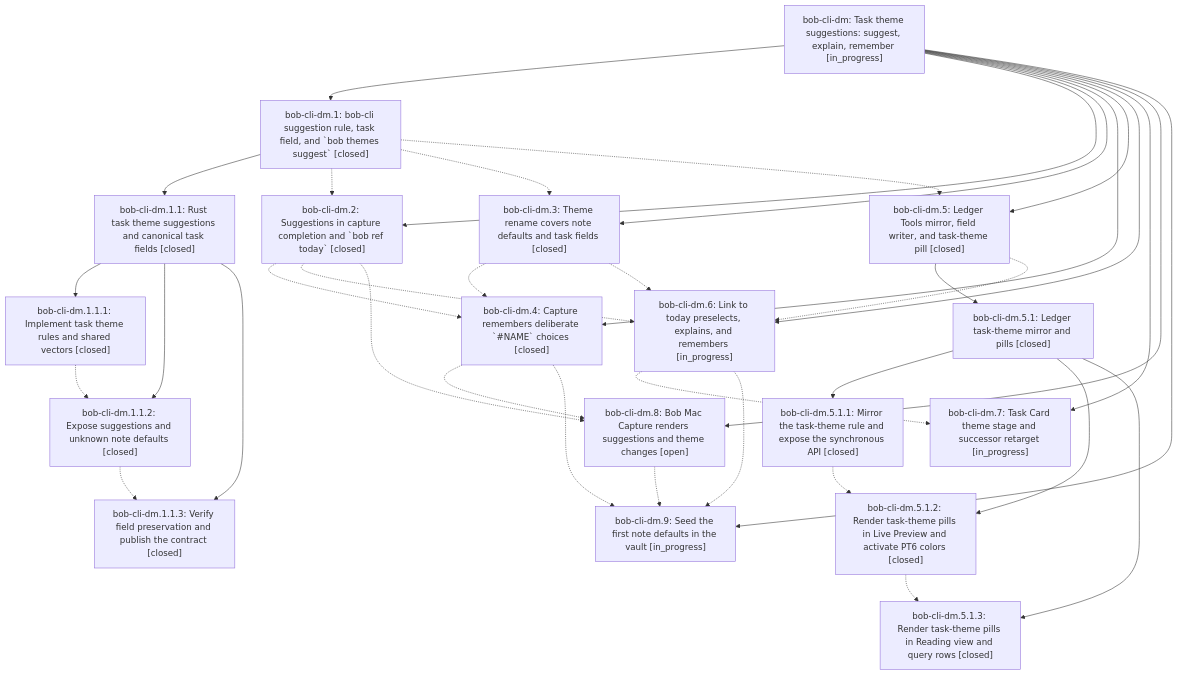
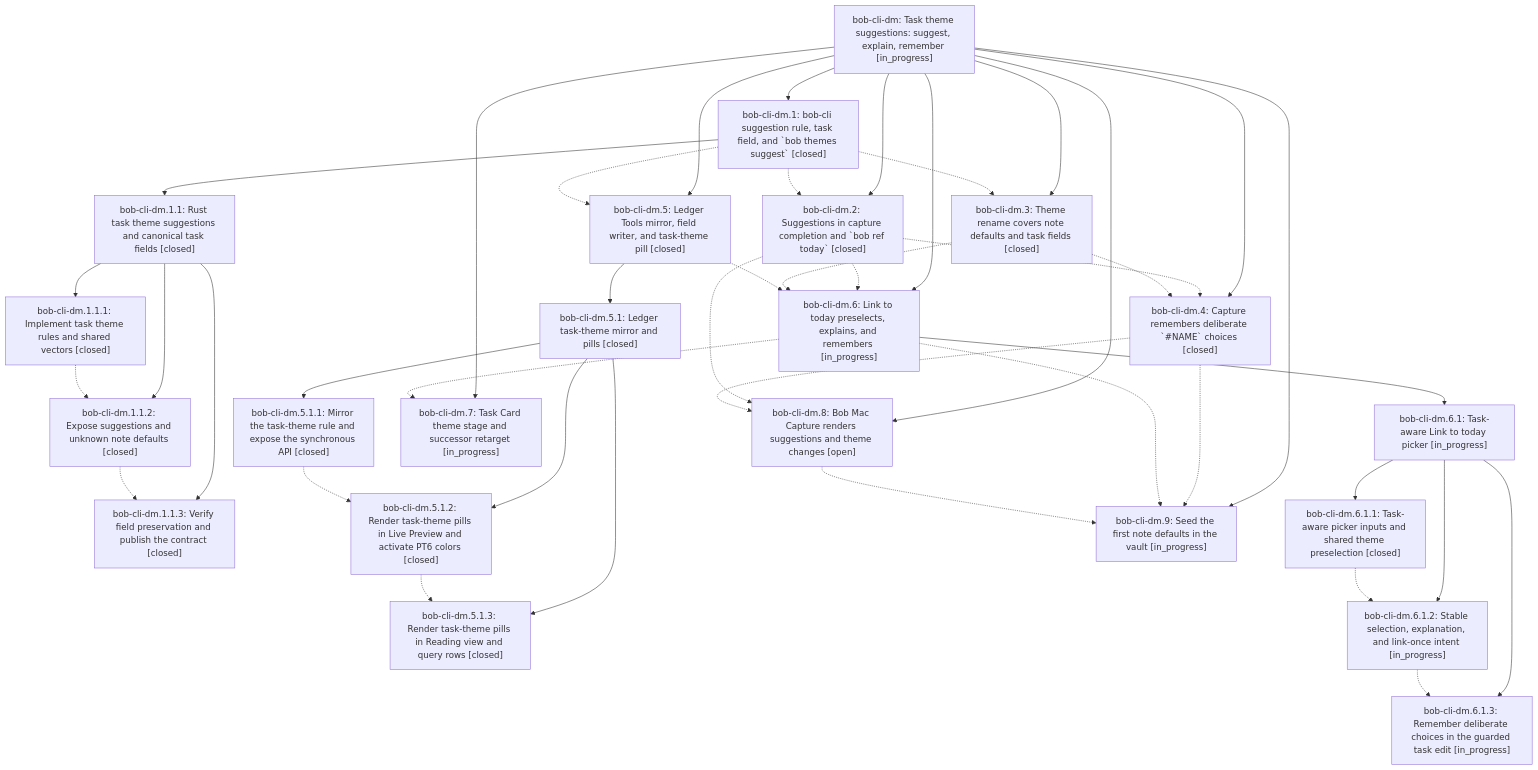
One commit to bobs-org/bob-cli--beads changed the diagram in pages/bob-cli-dm/README.md. Above: the diagram before and after it, drawn with Mermaid. The commit also changed other lines of this file and 6 other files, not shown here.

First line of the commit message:
chore(beads): sync bead state and pages for bob-cli-dm

````diff
--- a/pages/bob-cli-dm/README.md
+++ b/pages/bob-cli-dm/README.md
@@ -44,56 +44,66 @@
 ```mermaid
 flowchart TD
     n0["bob-cli-dm: Task theme suggestions: suggest, explain, remember [in_progress]"]
     n1["bob-cli-dm.1: bob-cli suggestion rule, task field, and `bob themes suggest` [closed]"]
     n2["bob-cli-dm.1.1: Rust task theme suggestions and canonical task fields [closed]"]
     n3["bob-cli-dm.1.1.1: Implement task theme rules and shared vectors [closed]"]
     n4["bob-cli-dm.1.1.2: Expose suggestions and unknown note defaults [closed]"]
     n5["bob-cli-dm.1.1.3: Verify field preservation and publish the contract [closed]"]
     n6["bob-cli-dm.2: Suggestions in capture completion and `bob ref today` [closed]"]
     n7["bob-cli-dm.3: Theme rename covers note defaults and task fields [closed]"]
     n8["bob-cli-dm.4: Capture remembers deliberate `#NAME` choices [closed]"]
     n9["bob-cli-dm.5: Ledger Tools mirror, field writer, and task-theme pill [closed]"]
     n10["bob-cli-dm.5.1: Ledger task-theme mirror and pills [closed]"]
     n11["bob-cli-dm.5.1.1: Mirror the task-theme rule and expose the synchronous API [closed]"]
     n12["bob-cli-dm.5.1.2: Render task-theme pills in Live Preview and activate PT6 colors [closed]"]
     n13["bob-cli-dm.5.1.3: Render task-theme pills in Reading view and query rows [closed]"]
     n14["bob-cli-dm.6: Link to today preselects, explains, and remembers [in_progress]"]
-    n15["bob-cli-dm.7: Task Card theme stage and successor retarget [in_progress]"]
-    n16["bob-cli-dm.8: Bob Mac Capture renders suggestions and theme changes [open]"]
-    n17["bob-cli-dm.9: Seed the first note defaults in the vault [in_progress]"]
+    n15["bob-cli-dm.6.1: Task-aware Link to today picker [in_progress]"]
+    n16["bob-cli-dm.6.1.1: Task-aware picker inputs and shared theme preselection [closed]"]
+    n17["bob-cli-dm.6.1.2: Stable selection, explanation, and link-once intent [in_progress]"]
+    n18["bob-cli-dm.6.1.3: Remember deliberate choices in the guarded task edit [in_progress]"]
+    n19["bob-cli-dm.7: Task Card theme stage and successor retarget [in_progress]"]
+    n20["bob-cli-dm.8: Bob Mac Capture renders suggestions and theme changes [open]"]
+    n21["bob-cli-dm.9: Seed the first note defaults in the vault [in_progress]"]
     n0 --> n1
     n1 --> n2
     n2 --> n3
     n2 --> n4
     n2 --> n5
     n0 --> n6
     n0 --> n7
     n0 --> n8
     n0 --> n9
     n9 --> n10
     n10 --> n11
     n10 --> n12
     n10 --> n13
     n0 --> n14
-    n0 --> n15
-    n0 --> n16
-    n0 --> n17
+    n14 --> n15
+    n15 --> n16
+    n15 --> n17
+    n15 --> n18
+    n0 --> n19
+    n0 --> n20
+    n0 --> n21
     n1 -.-> n6
     n1 -.-> n7
     n1 -.-> n9
     n3 -.-> n4
     n4 -.-> n5
     n6 -.-> n8
     n6 -.-> n14
-    n6 -.-> n16
+    n6 -.-> n20
     n7 -.-> n8
     n7 -.-> n14
-    n8 -.-> n16
-    n8 -.-> n17
+    n8 -.-> n20
+    n8 -.-> n21
     n9 -.-> n14
     n11 -.-> n12
     n12 -.-> n13
-    n14 -.-> n15
-    n14 -.-> n17
+    n14 -.-> n19
+    n14 -.-> n21
     n16 -.-> n17
+    n17 -.-> n18
+    n20 -.-> n21
 ```
````
